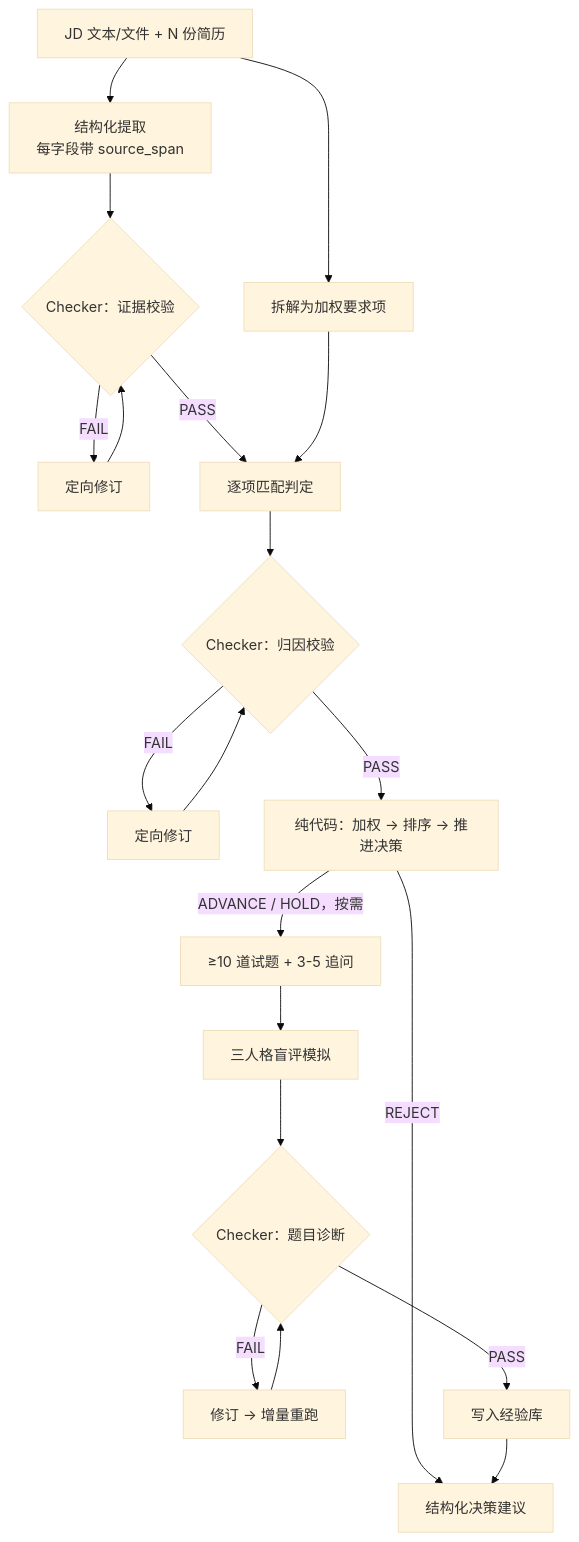
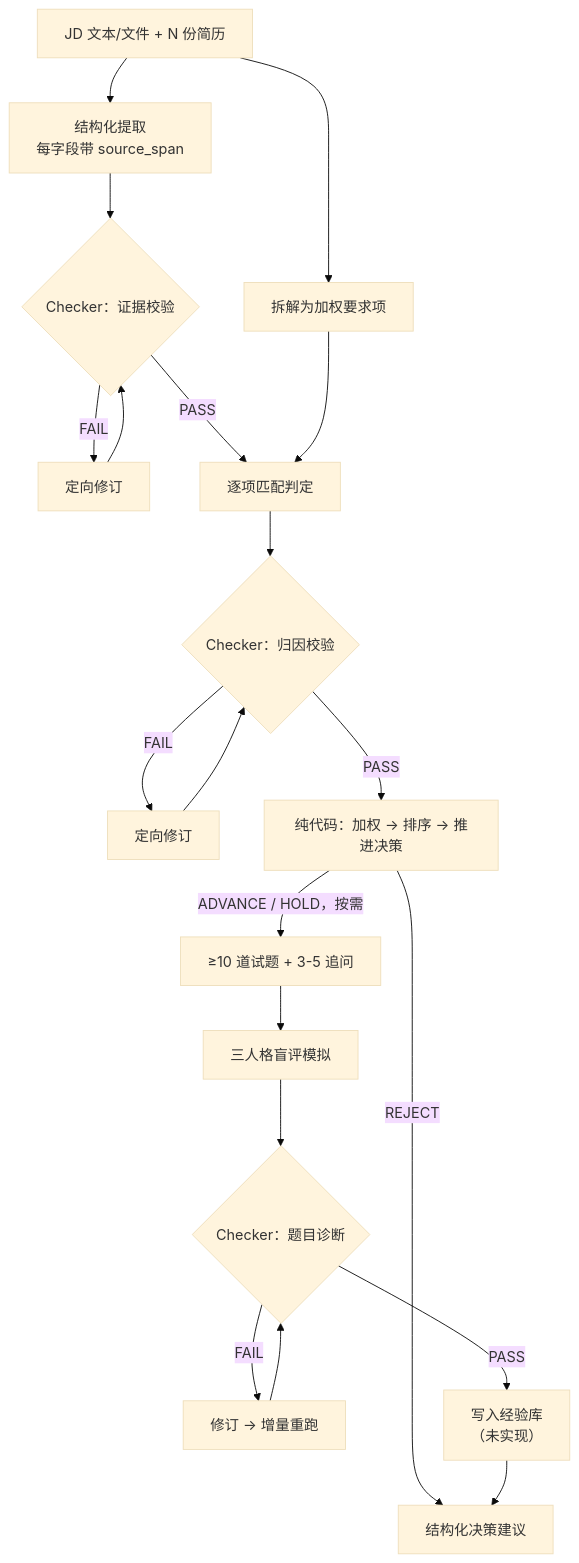
Before and after one commit to 1367877593-ops/resume-screening-agent: the first of 2 diagrams in README.md, drawn with Mermaid (base theme). The commit also changed other lines of this file and 4 other files, not shown here.

````diff
--- a/README.md
+++ b/README.md
@@ -93,22 +103,22 @@
 ```mermaid
 flowchart TD
     A["JD 文本/文件 + N 份简历"] --> B["拆解为加权要求项"]
     A --> C["结构化提取<br/>每字段带 source_span"]
     C --> D{"Checker：证据校验"}
     D -->|FAIL| E["定向修订"]
     E --> D
     D -->|PASS| F["逐项匹配判定"]
     B --> F
     F --> G{"Checker：归因校验"}
     G -->|FAIL| H["定向修订"]
     H --> G
     G -->|PASS| I["纯代码：加权 → 排序 → 推进决策"]
     I -->|REJECT| N["结构化决策建议"]
     I -->|ADVANCE / HOLD，按需| J["≥10 道试题 + 3-5 追问"]
     J --> K["三人格盲评模拟"]
     K --> L{"Checker：题目诊断"}
     L -->|FAIL| M["修订 → 增量重跑"]
     M --> L
-    L -->|PASS| O["写入经验库"]
+    L -->|PASS| O["写入经验库<br/>（未实现）"]
     O --> N
 ```
````
